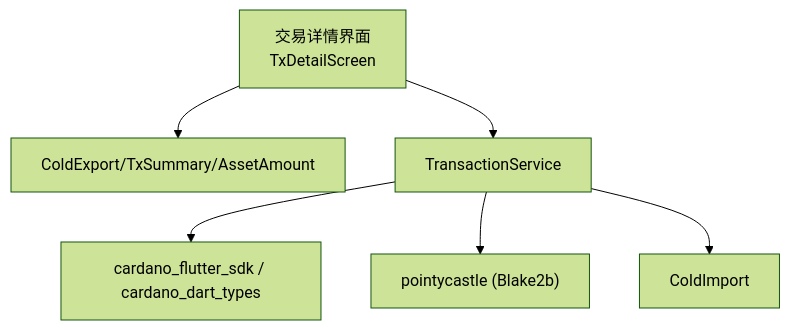
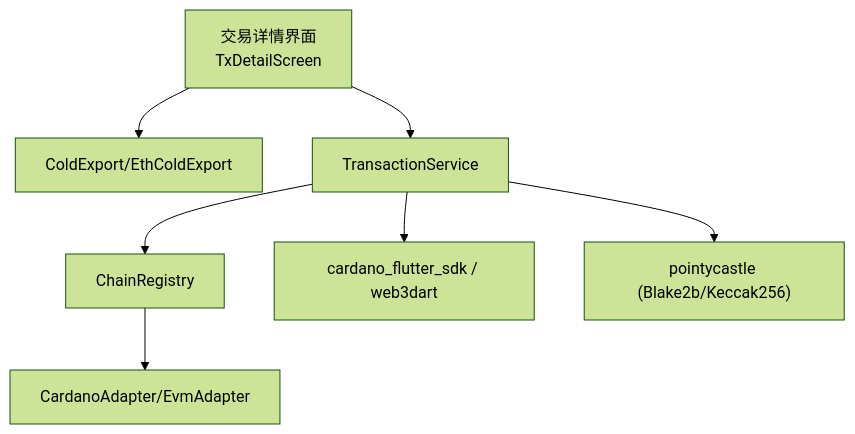
Before and after one commit to EqualToEthan/stasis: the first of 6 diagrams in .qoder/repowiki/zh/content/用户界面/冷钱包App界面/交易详情界面.md, drawn with Mermaid (forest theme). The commit also changed other lines of this file and 40 other files, not shown here.

````diff
--- a/.qoder/repowiki/zh/content/用户界面/冷钱包App界面/交易详情界面.md
+++ b/.qoder/repowiki/zh/content/用户界面/冷钱包App界面/交易详情界面.md
@@ -30,8 +43,9 @@
 ```mermaid
 graph TB
-UI["交易详情界面<br/>TxDetailScreen"] --> Model["ColdExport/TxSummary/AssetAmount"]
+UI["交易详情界面<br/>TxDetailScreen"] --> Model["ColdExport/EthColdExport"]
 UI --> Service["TransactionService"]
-Service --> SDK["cardano_flutter_sdk / cardano_dart_types"]
-Service --> Crypto["pointycastle (Blake2b)"]
-Service --> ImportModel["ColdImport"]
+Service --> Registry["ChainRegistry"]
+Registry --> Adapter["CardanoAdapter/EvmAdapter"]
+Service --> SDK["cardano_flutter_sdk / web3dart"]
+Service --> Crypto["pointycastle (Blake2b/Keccak256)"]
 ```
````
